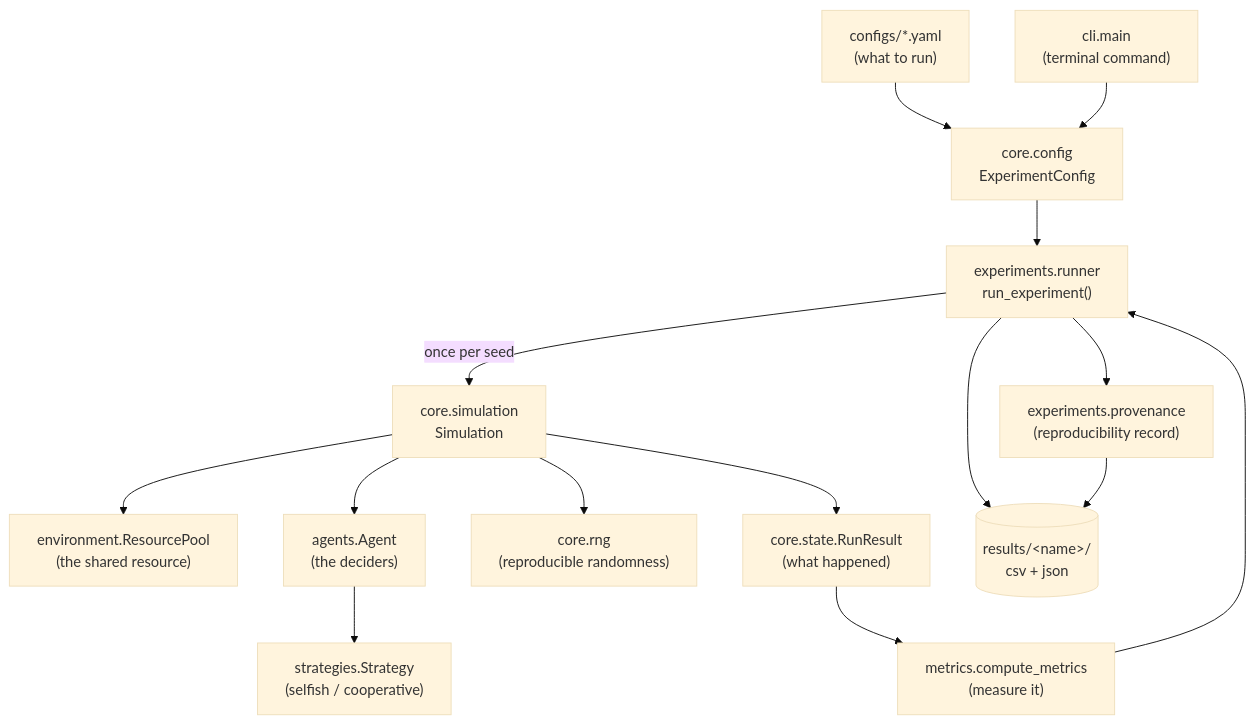
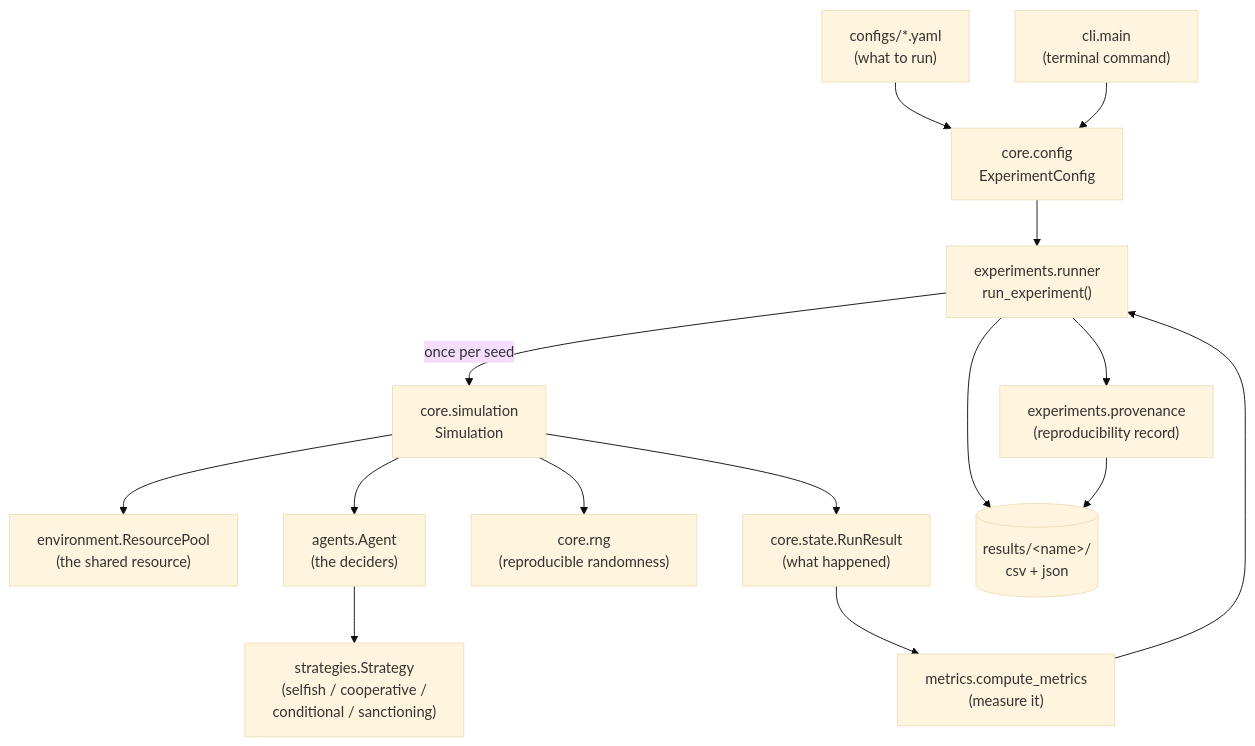
One commit to loonaarc/wfp2 changed the first of 6 diagrams in docs/code-walkthrough.md. Above: the diagram before and after it, drawn with Mermaid (base theme). The commit also changed other lines of this file and 8 other files, not shown here.

````diff
--- a/docs/code-walkthrough.md
+++ b/docs/code-walkthrough.md
@@ -22,17 +22,17 @@
 ```mermaid
 flowchart TB
     YAML["configs/*.yaml<br/>(what to run)"] --> CFG["core.config<br/>ExperimentConfig"]
     CLI["cli.main<br/>(terminal command)"] --> CFG
     CFG --> RUN["experiments.runner<br/>run_experiment()"]
     RUN -->|"once per seed"| SIM["core.simulation<br/>Simulation"]
     SIM --> ENV["environment.ResourcePool<br/>(the shared resource)"]
     SIM --> AG["agents.Agent<br/>(the deciders)"]
-    AG --> ST["strategies.Strategy<br/>(selfish / cooperative)"]
+    AG --> ST["strategies.Strategy<br/>(selfish / cooperative /<br/>conditional / sanctioning)"]
     SIM --> RNG["core.rng<br/>(reproducible randomness)"]
     SIM --> RES["core.state.RunResult<br/>(what happened)"]
     RES --> MET["metrics.compute_metrics<br/>(measure it)"]
     MET --> RUN
     RUN --> OUT[("results/&lt;name&gt;/<br/>csv + json")]
     RUN --> PROV["experiments.provenance<br/>(reproducibility record)"]
     PROV --> OUT
 ```
````
